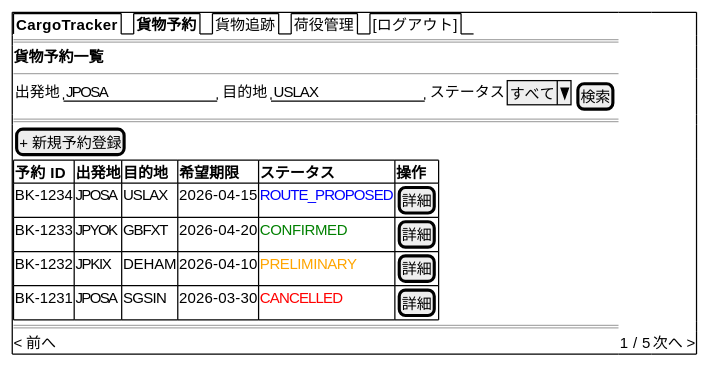
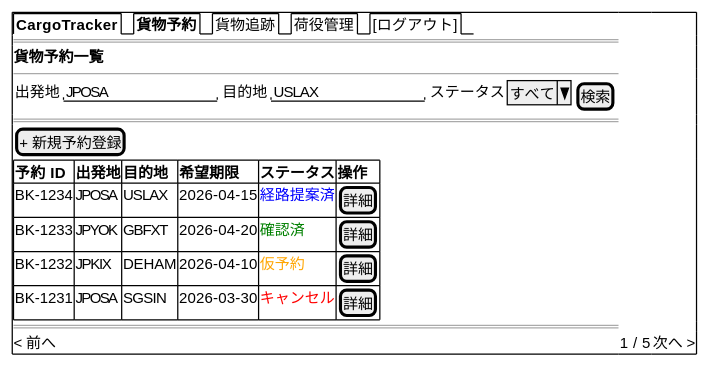
One commit to k2works/case-study-cargo-tracker changed the fifth of 23 diagrams in docs/design/ui_design.md. Above: the diagram before and after it, drawn with PlantUML. The commit also changed other lines of this file, not shown here.

````diff
--- a/docs/design/ui_design.md
+++ b/docs/design/ui_design.md
@@ -400,24 +454,24 @@
 ```plantuml
 @startsalt
 {+
   {/ <b>CargoTracker</b> | <b>貨物予約</b> | 貨物追跡 | 荷役管理 | [ログアウト] }
   ==
   <b>貨物予約一覧</b>
   --
   {
     出発地 | "JPOSA          " | 目的地 | "USLAX          " | ステータス | ^すべて^ | [検索]
   }
   ==
   [+ 新規予約登録]
   {#
     **予約 ID** | **出発地** | **目的地** | **希望期限** | **ステータス** | **操作**
-    BK-1234     | JPOSA      | USLAX      | 2026-04-15    | <color:blue>ROUTE_PROPOSED</color> | [詳細]
-    BK-1233     | JPYOK      | GBFXT      | 2026-04-20    | <color:green>CONFIRMED</color> | [詳細]
-    BK-1232     | JPKIX      | DEHAM      | 2026-04-10    | <color:orange>PRELIMINARY</color> | [詳細]
-    BK-1231     | JPOSA      | SGSIN      | 2026-03-30    | <color:red>CANCELLED</color> | [詳細]
+    BK-1234     | JPOSA      | USLAX      | 2026-04-15    | <color:blue>経路提案済</color> | [詳細]
+    BK-1233     | JPYOK      | GBFXT      | 2026-04-20    | <color:green>確認済</color> | [詳細]
+    BK-1232     | JPKIX      | DEHAM      | 2026-04-10    | <color:orange>仮予約</color> | [詳細]
+    BK-1231     | JPOSA      | SGSIN      | 2026-03-30    | <color:red>キャンセル</color> | [詳細]
   }
   ==
   < 前へ | 1 / 5 | 次へ >
 }
 @endsalt
 ```
````
